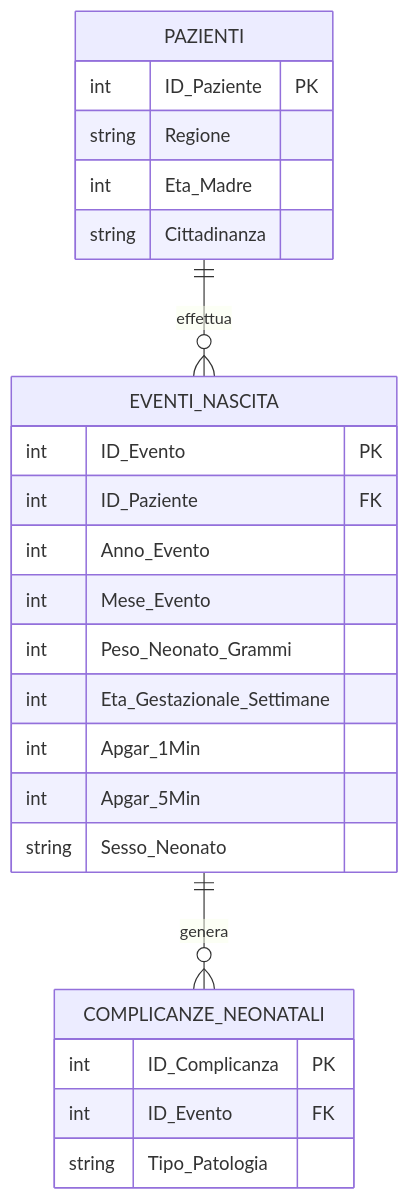
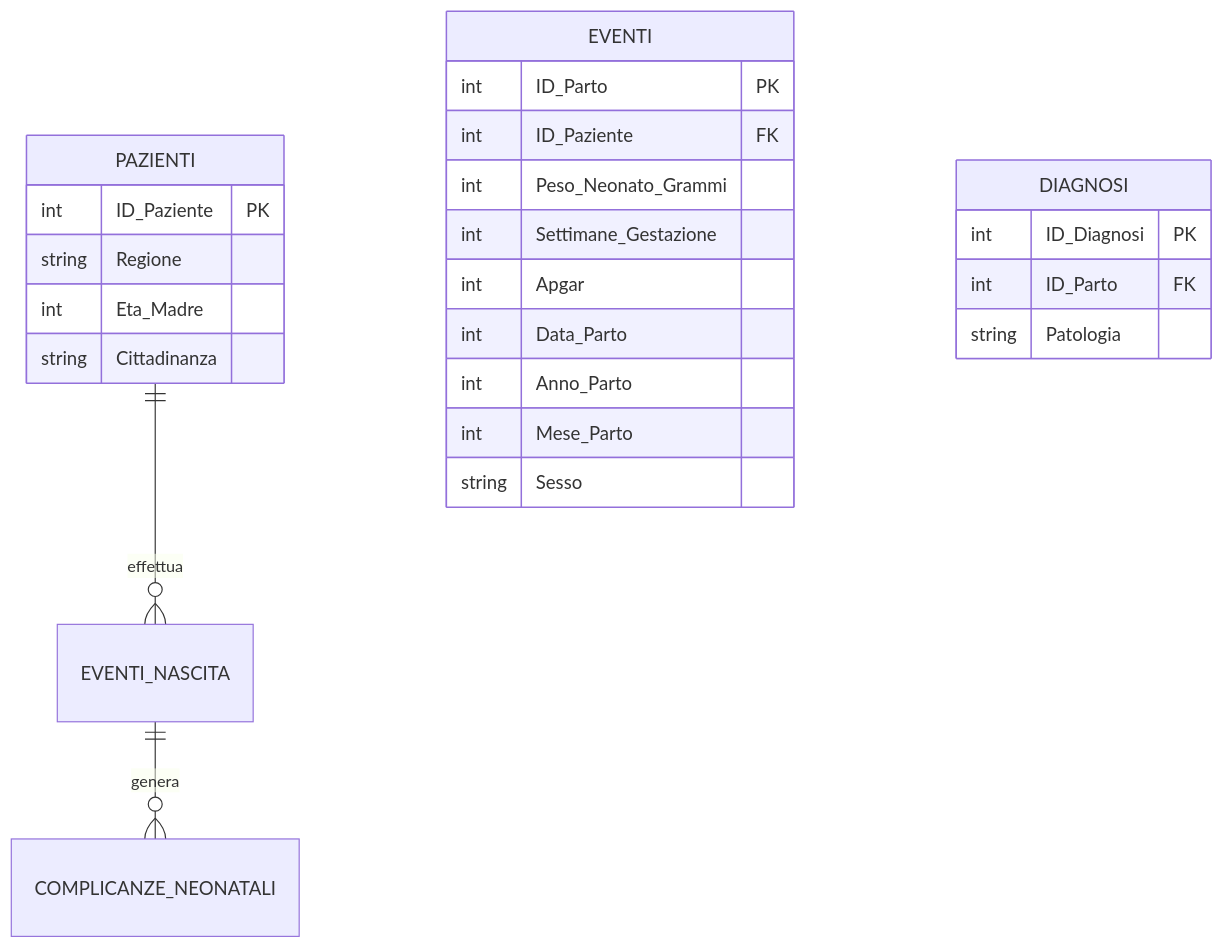
Before and after one commit to jole3624/Natal-Monitor: the diagram in README.md, drawn with Mermaid.

Commit message:
Refactor event and diagnosis structures in README

````diff
--- a/README.md
+++ b/README.md
@@ -92,32 +92,32 @@
 ```mermaid
 erDiagram
     PAZIENTI ||--o{ EVENTI_NASCITA : "effettua"
     EVENTI_NASCITA ||--o{ COMPLICANZE_NEONATALI : "genera"
 
     PAZIENTI {
         int ID_Paziente PK
         string Regione
         int Eta_Madre
         string Cittadinanza
     }
 
-    EVENTI_NASCITA {
-        int ID_Evento PK
+    EVENTI {
+        int ID_Parto PK
         int ID_Paziente FK
-        int Anno_Evento
-        int Mese_Evento
         int Peso_Neonato_Grammi
-        int Eta_Gestazionale_Settimane
-        int Apgar_1Min
-        int Apgar_5Min
-        string Sesso_Neonato
+        int Settimane_Gestazione
+        int Apgar
+        int Data_Parto
+        int Anno_Parto
+        int Mese_Parto
+        string Sesso
     }
 
-    COMPLICANZE_NEONATALI {
-        int ID_Complicanza PK
-        int ID_Evento FK
-        string Tipo_Patologia
+    DIAGNOSI {
+        int ID_Diagnosi PK
+        int ID_Parto FK
+        string Patologia
     }
 
 
 ```
````
